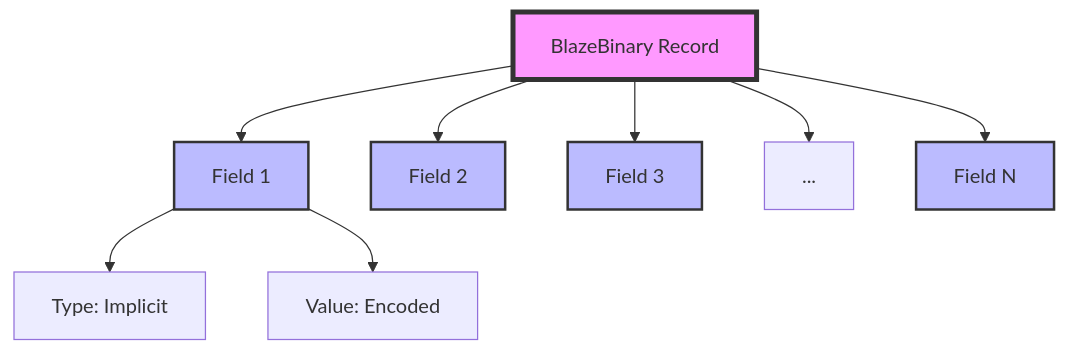
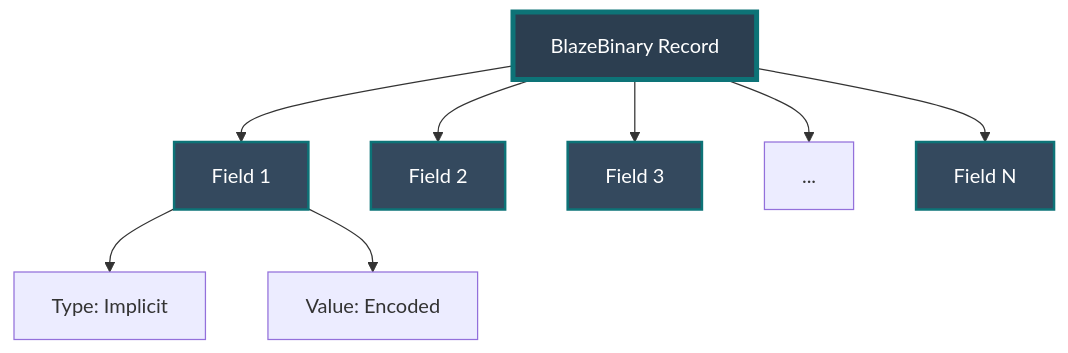
Before and after one commit to Mikedan37/BlazeBinary: the diagram in Docs/DIAGRAMS/blaze_record.mmd, drawn with Mermaid. The commit also changed 11 other files, not shown here.

First line of the commit message:
Improve Mermaid diagrams and code display formatting

```diff
--- a/Docs/DIAGRAMS/blaze_record.mmd
+++ b/Docs/DIAGRAMS/blaze_record.mmd
@@ -1,15 +1,15 @@
 graph TD
     A[BlazeBinary Record] --> B[Field 1]
     A --> C[Field 2]
     A --> D[Field 3]
     A --> E[...]
     A --> F[Field N]
     
     B --> B1[Type: Implicit]
     B --> B2[Value: Encoded]
     
-    style A fill:#f9f,stroke:#333,stroke-width:4px
-    style B fill:#bbf,stroke:#333,stroke-width:2px
-    style C fill:#bbf,stroke:#333,stroke-width:2px
-    style D fill:#bbf,stroke:#333,stroke-width:2px
-    style F fill:#bbf,stroke:#333,stroke-width:2px
+    style A fill:#2c3e50,stroke:#0d7377,stroke-width:4px,color:#ffffff
+    style B fill:#34495e,stroke:#0d7377,stroke-width:2px,color:#ffffff
+    style C fill:#34495e,stroke:#0d7377,stroke-width:2px,color:#ffffff
+    style D fill:#34495e,stroke:#0d7377,stroke-width:2px,color:#ffffff
+    style F fill:#34495e,stroke:#0d7377,stroke-width:2px,color:#ffffff
```
